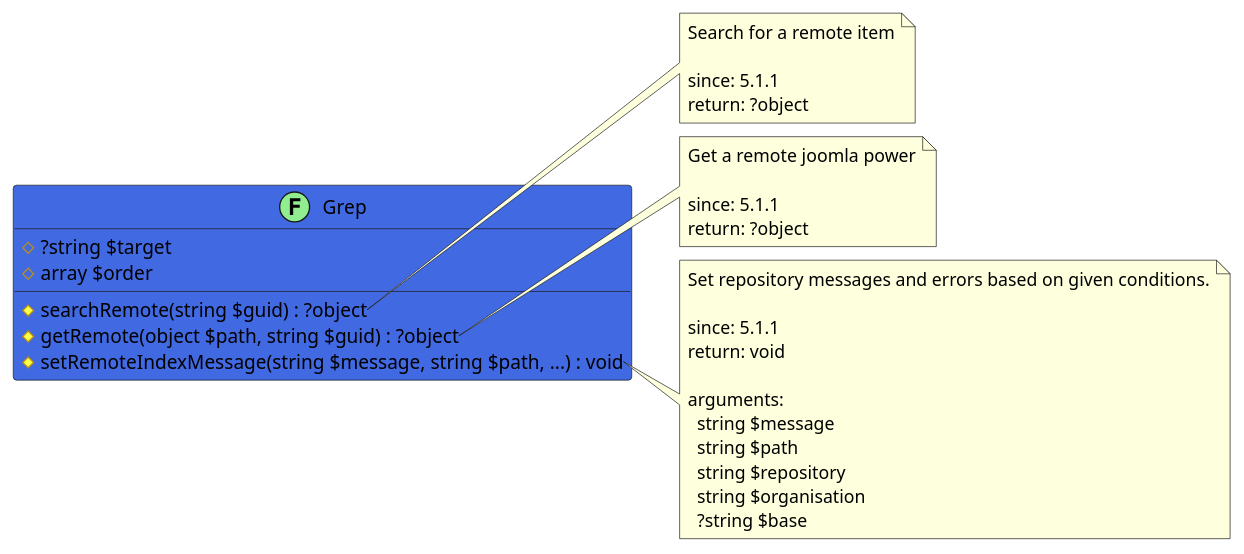
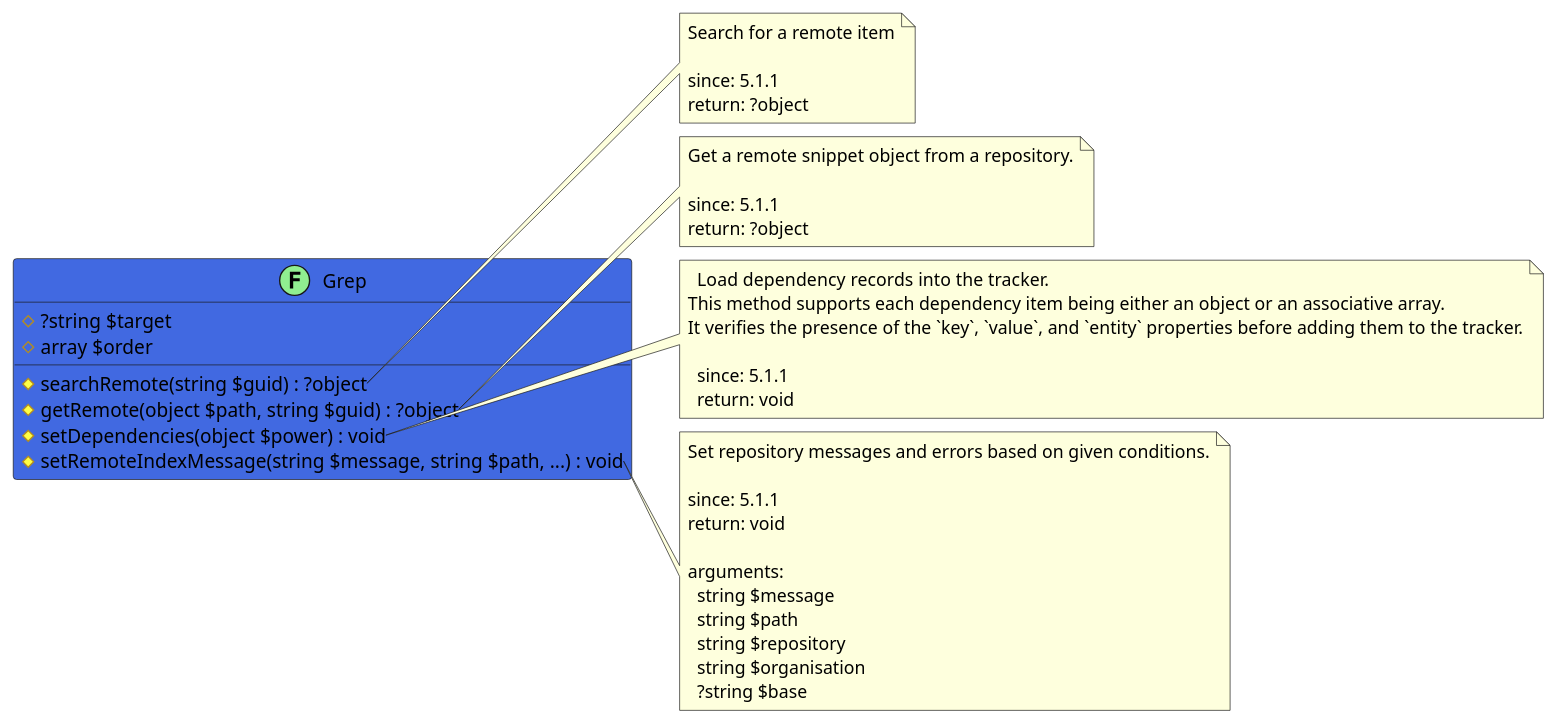
One commit to joomengine/jcb-packager changed the diagram in src/909b78a0-2c36-42ce-8a66-d56697987ef6/README.md. Above: the diagram before and after it, drawn with PlantUML. The commit also changed other lines of this file and 498 other files, not shown here.

````diff
--- a/src/909b78a0-2c36-42ce-8a66-d56697987ef6/README.md
+++ b/src/909b78a0-2c36-42ce-8a66-d56697987ef6/README.md
@@ -13,40 +6,51 @@
 ```uml
 @startuml
+
 class Grep << (F,LightGreen) >> #RoyalBlue {
   # ?string $target
   # array $order
   # searchRemote(string $guid) : ?object
   # getRemote(object $path, string $guid) : ?object
+  # setDependencies(object $power) : void
   # setRemoteIndexMessage(string $message, string $path, ...) : void
 }
 
 note right of Grep::searchRemote
   Search for a remote item
 
   since: 5.1.1
   return: ?object
 end note
 
 note right of Grep::getRemote
-  Get a remote joomla power
+  Get a remote snippet object from a repository.
 
   since: 5.1.1
   return: ?object
+end note
+
+note right of Grep::setDependencies
+  Load dependency records into the tracker.
+This method supports each dependency item being either an object or an associative array.
+It verifies the presence of the `key`, `value`, and `entity` properties before adding them to the tracker.
+
+  since: 5.1.1
+  return: void
 end note
 
 note right of Grep::setRemoteIndexMessage
   Set repository messages and errors based on given conditions.
 
   since: 5.1.1
   return: void
   
   arguments:
     string $message
     string $path
     string $repository
     string $organisation
     ?string $base
 end note
- 
+
 @enduml
 ```
````
